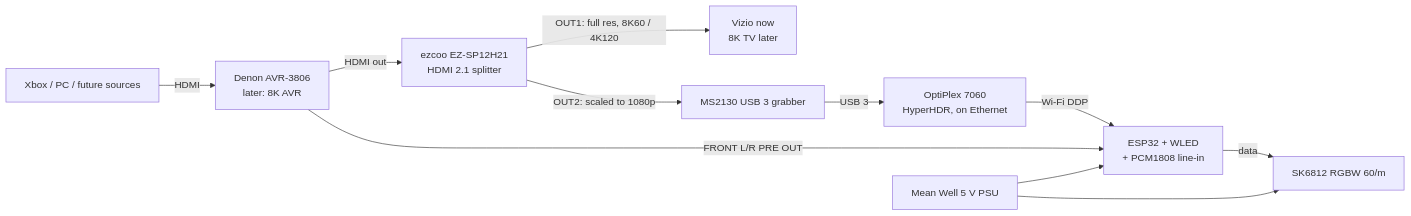
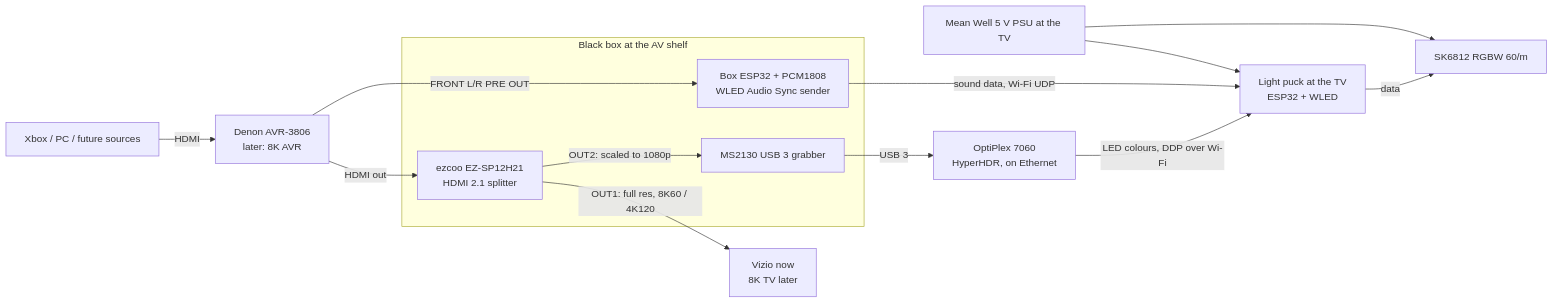
Before and after one commit to CamdenThomas/Home: the diagram in entertainment/light-build/README.md, drawn with Mermaid. The commit also changed other lines of this file, not shown here.

First line of the commit message:
Light build: black box at the AV shelf + Wi-Fi light puck at the TV, 3D-printed cases

````diff
--- a/entertainment/light-build/README.md
+++ b/entertainment/light-build/README.md
@@ -26,13 +27,19 @@
 ```mermaid
 flowchart LR
     SRC[Xbox / PC / future sources] -- HDMI --> AVR[Denon AVR-3806<br/>later: 8K AVR]
     AVR -- HDMI out --> SP[ezcoo EZ-SP12H21<br/>HDMI 2.1 splitter]
     SP -- "OUT1: full res, 8K60 / 4K120" --> TV[Vizio now<br/>8K TV later]
     SP -- "OUT2: scaled to 1080p" --> CAP[MS2130 USB 3 grabber]
     CAP -- USB 3 --> HOST[OptiPlex 7060<br/>HyperHDR, on Ethernet]
-    HOST -- "Wi-Fi DDP" --> ESP[ESP32 + WLED<br/>+ PCM1808 line-in]
-    AVR -- "FRONT L/R PRE OUT" --> ESP
-    ESP -- data --> LED[SK6812 RGBW 60/m]
-    PSU[Mean Well 5 V PSU] --> LED
-    PSU --> ESP
+    AVR -- "FRONT L/R PRE OUT" --> AUD[Box ESP32 + PCM1808<br/>WLED Audio Sync sender]
+    HOST -- "LED colours, DDP over Wi-Fi" --> PUCK[Light puck at the TV<br/>ESP32 + WLED]
+    AUD -- "sound data, Wi-Fi UDP" --> PUCK
+    PUCK -- data --> LED[SK6812 RGBW 60/m]
+    PSU[Mean Well 5 V PSU at the TV] --> LED
+    PSU --> PUCK
+    subgraph BOX [Black box at the AV shelf]
+        SP
+        CAP
+        AUD
+    end
 ```
````
